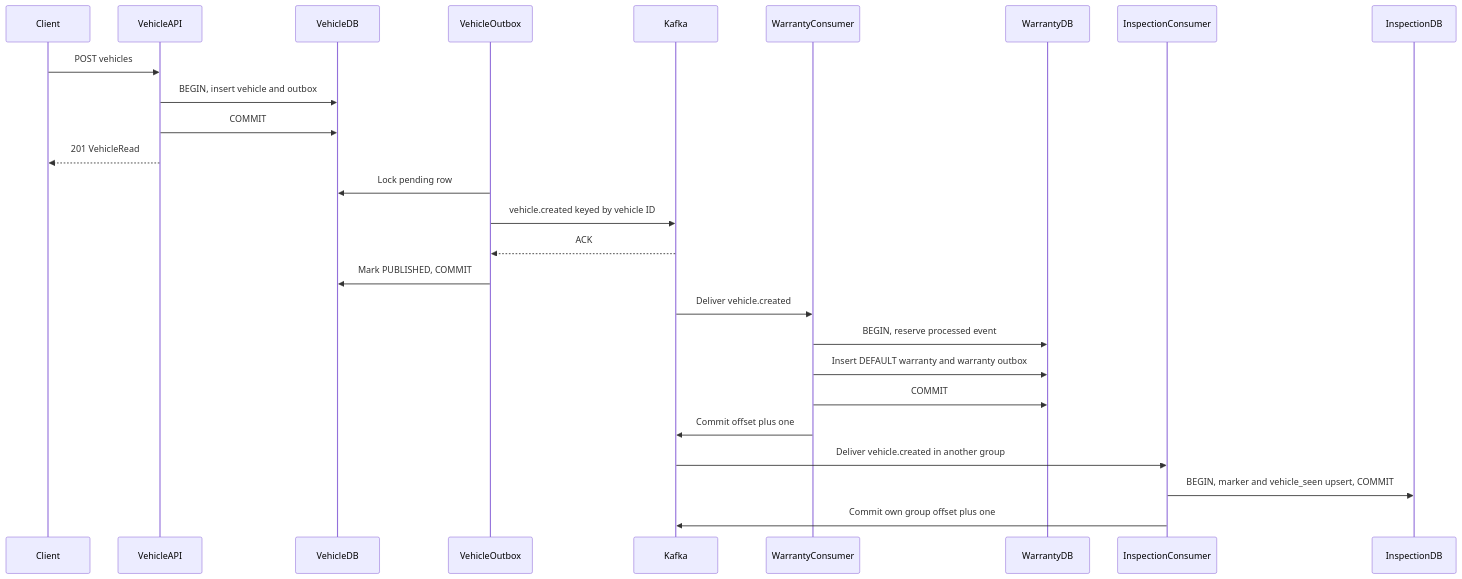
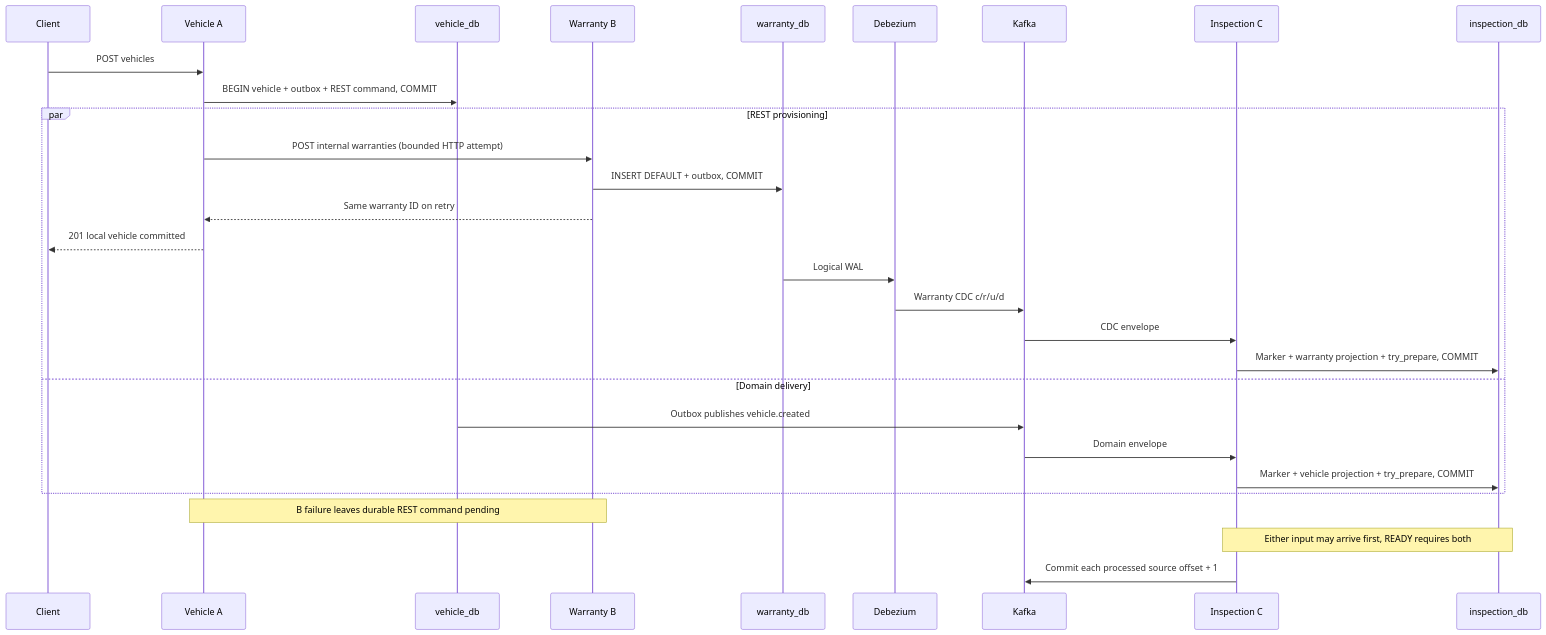
Before and after one commit to Huy-8bit/interview: the first of 6 diagrams in lab/docs/REQUEST_FLOWS.md, drawn with Mermaid. The commit also changed other lines of this file and 141 other files, not shown here.

````diff
--- a/lab/docs/REQUEST_FLOWS.md
+++ b/lab/docs/REQUEST_FLOWS.md
@@ -9,29 +9,32 @@
 ```mermaid
 sequenceDiagram
     %% diagram: vehicle-creation-sequence
     participant Client
-    participant VehicleAPI
-    participant VehicleDB
-    participant VehicleOutbox
-    participant Kafka
-    participant WarrantyConsumer
-    participant WarrantyDB
-    participant InspectionConsumer
-    participant InspectionDB
-    Client->>VehicleAPI: POST vehicles
-    VehicleAPI->>VehicleDB: BEGIN, insert vehicle and outbox
-    VehicleAPI->>VehicleDB: COMMIT
-    VehicleAPI-->>Client: 201 VehicleRead
-    VehicleOutbox->>VehicleDB: Lock pending row
-    VehicleOutbox->>Kafka: vehicle.created keyed by vehicle ID
-    Kafka-->>VehicleOutbox: ACK
-    VehicleOutbox->>VehicleDB: Mark PUBLISHED, COMMIT
-    Kafka->>WarrantyConsumer: Deliver vehicle.created
-    WarrantyConsumer->>WarrantyDB: BEGIN, reserve processed event
-    WarrantyConsumer->>WarrantyDB: Insert DEFAULT warranty and warranty outbox
-    WarrantyConsumer->>WarrantyDB: COMMIT
-    WarrantyConsumer->>Kafka: Commit offset plus one
-    Kafka->>InspectionConsumer: Deliver vehicle.created in another group
-    InspectionConsumer->>InspectionDB: BEGIN, marker and vehicle_seen upsert, COMMIT
-    InspectionConsumer->>Kafka: Commit own group offset plus one
+    participant A as Vehicle A
+    participant ADB as vehicle_db
+    participant B as Warranty B
+    participant BDB as warranty_db
+    participant DBZ as Debezium
+    participant K as Kafka
+    participant C as Inspection C
+    participant CDB as inspection_db
+    Client->>A: POST vehicles
+    A->>ADB: BEGIN vehicle + outbox + REST command, COMMIT
+    par REST provisioning
+        A->>B: POST internal warranties (bounded HTTP attempt)
+        B->>BDB: INSERT DEFAULT + outbox, COMMIT
+        B-->>A: Same warranty ID on retry
+        A-->>Client: 201 local vehicle committed
+        BDB->>DBZ: Logical WAL
+        DBZ->>K: Warranty CDC c/r/u/d
+        K->>C: CDC envelope
+        C->>CDB: Marker + warranty projection + try_prepare, COMMIT
+    and Domain delivery
+        ADB->>K: Outbox publishes vehicle.created
+        K->>C: Domain envelope
+        C->>CDB: Marker + vehicle projection + try_prepare, COMMIT
+    end
+    Note over A,B: B failure leaves durable REST command pending
+    Note over C,CDB: Either input may arrive first, READY requires both
+    C->>K: Commit each processed source offset + 1
 ```
````
